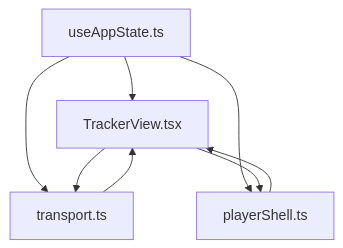
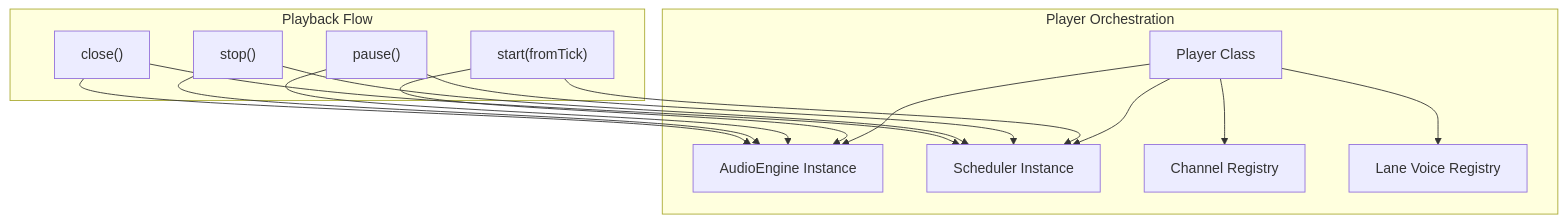
Before and after one commit to satyrlord/mixjam-electron: the sixth of 11 diagrams in .qoder/repowiki/en/content/Audio Engine/Audio Engine.md, drawn with Mermaid. The commit also changed other lines of this file and 104 other files, not shown here.

First line of the commit message:
fix(config): update markdownlint schema and cleanup ignored paths

````diff
--- a/.qoder/repowiki/en/content/Audio Engine/Audio Engine.md
+++ b/.qoder/repowiki/en/content/Audio Engine/Audio Engine.md
@@ -215,10 +305,28 @@
 ```mermaid
 graph TB
-A["useAppState.ts"] --> B["TrackerView.tsx"]
-A --> C["transport.ts"]
-A --> D["playerShell.ts"]
-B --> C
-B --> D
-C --> B
-D --> B
+subgraph "Player Orchestration"
+A["Player Class"]
+B["AudioEngine Instance"]
+C["Scheduler Instance"]
+D["Channel Registry"]
+E["Lane Voice Registry"]
+end
+subgraph "Playback Flow"
+F["start(fromTick)"]
+G["pause()"]
+H["stop()"]
+I["close()"]
+end
+A --> B
+A --> C
+A --> D
+A --> E
+F --> C
+F --> B
+G --> C
+G --> B
+H --> C
+H --> B
+I --> C
+I --> B
 ```
````
